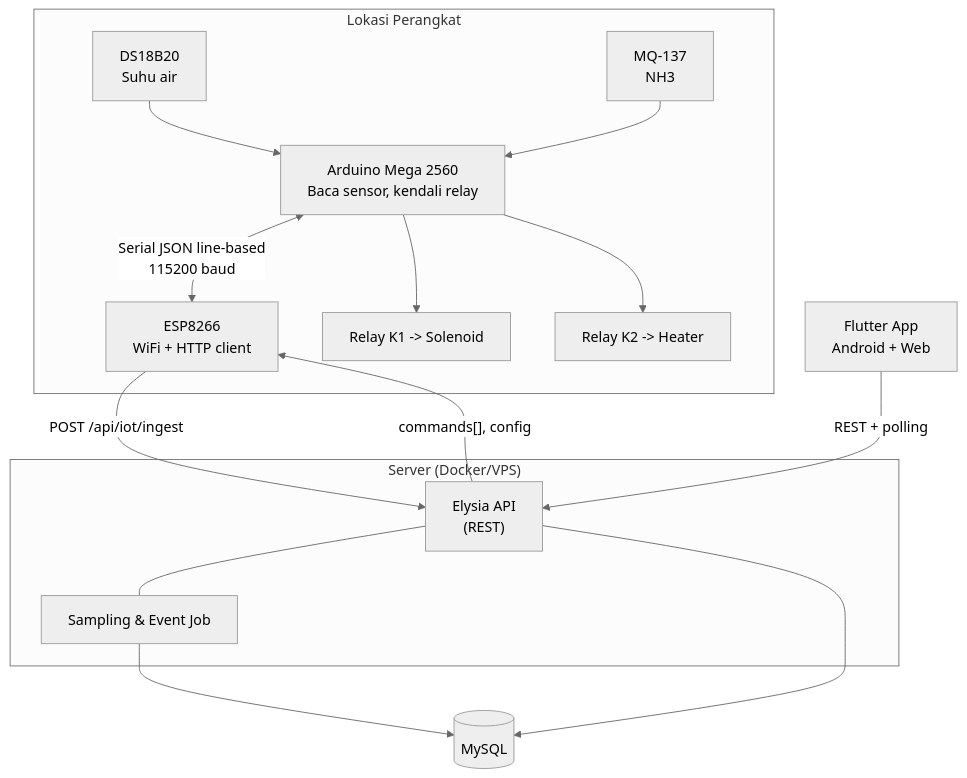
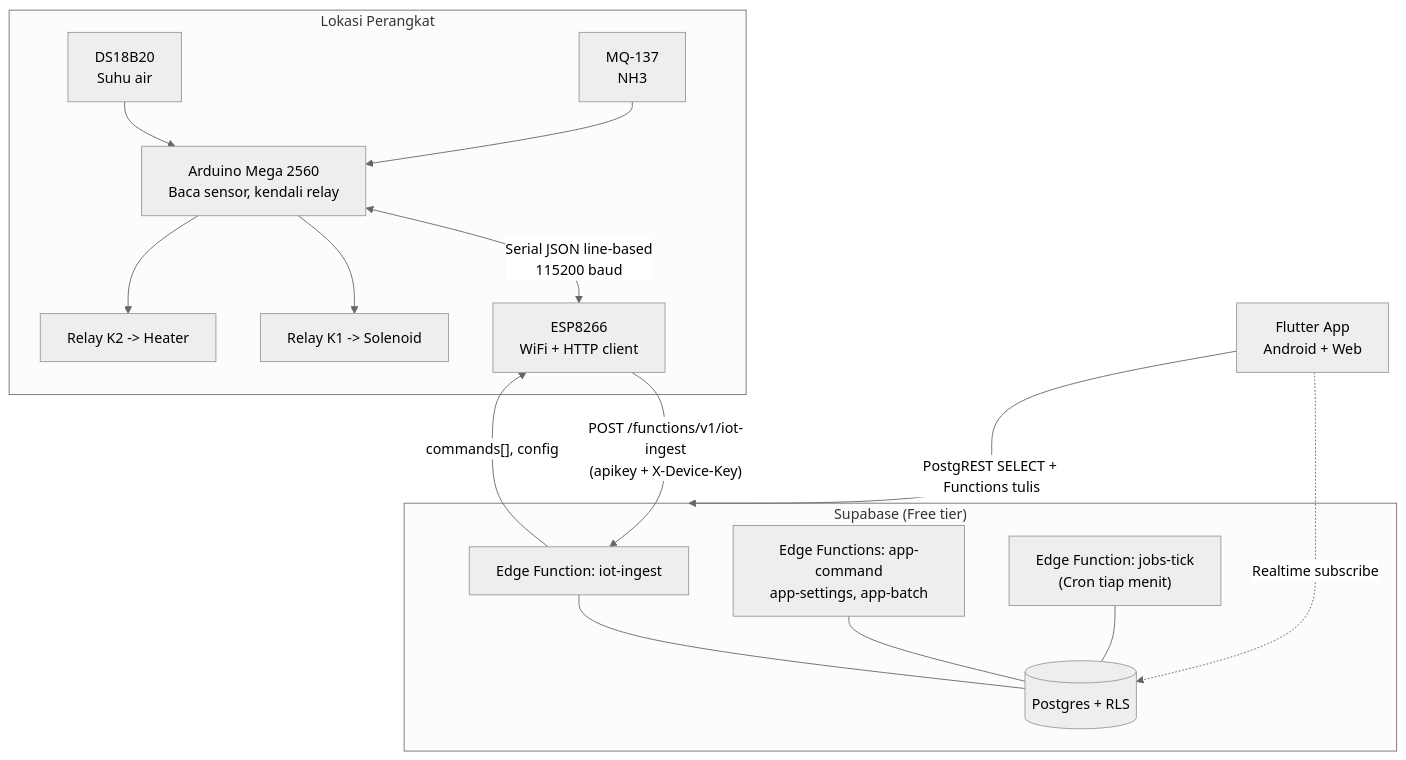
Before and after one commit to FarrelGhozy/SIMOHE: the second of 2 diagrams in docs/02-SYSTEM-ARCHITECTURE.md, drawn with Mermaid (neutral theme). The commit also changed other lines of this file and 156 other files, not shown here.

First line of the commit message:
feat(supabase): migrasi full ke Supabase-only, arsipkan server Bun

````diff
--- a/docs/02-SYSTEM-ARCHITECTURE.md
+++ b/docs/02-SYSTEM-ARCHITECTURE.md
@@ -54,27 +50,29 @@
 ```mermaid
 flowchart TB
     subgraph Fisik["Lokasi Perangkat"]
         Mega["Arduino Mega 2560\nBaca sensor, kendali relay"]
         ESP["ESP8266\nWiFi + HTTP client"]
         Mega <-->|"Serial JSON line-based\n115200 baud"| ESP
         DS["DS18B20\nSuhu air"] --> Mega
         MQ["MQ-137\nNH3"] --> Mega
         Mega --> R1["Relay K1 -> Solenoid"]
         Mega --> R2["Relay K2 -> Heater"]
     end
 
-    subgraph ServerSide["Server (Docker/VPS)"]
-        API["Elysia API\n(REST)"]
-        Job["Sampling & Event Job"]
-        API --- Job
+    subgraph Cloud["Supabase (Free tier)"]
+        Ingest["Edge Function: iot-ingest"]
+        Write["Edge Functions: app-command\napp-settings, app-batch"]
+        Tick["Edge Function: jobs-tick\n(Cron tiap menit)"]
+        DB[("Postgres + RLS")]
+        Ingest --- DB
+        Write --- DB
+        Tick --- DB
     end
 
-    DB[("MySQL")]
     App["Flutter App\nAndroid + Web"]
 
-    ESP -->|"POST /api/iot/ingest"| API
-    API -->|"commands[], config"| ESP
-    App -->|"REST + polling"| API
-    API --> DB
-    Job --> DB
+    ESP -->|"POST /functions/v1/iot-ingest\n(apikey + X-Device-Key)"| Ingest
+    Ingest -->|"commands[], config"| ESP
+    App -->|"PostgREST SELECT + Functions tulis"| Cloud
+    App -.->|"Realtime subscribe"| DB
 ```
````
